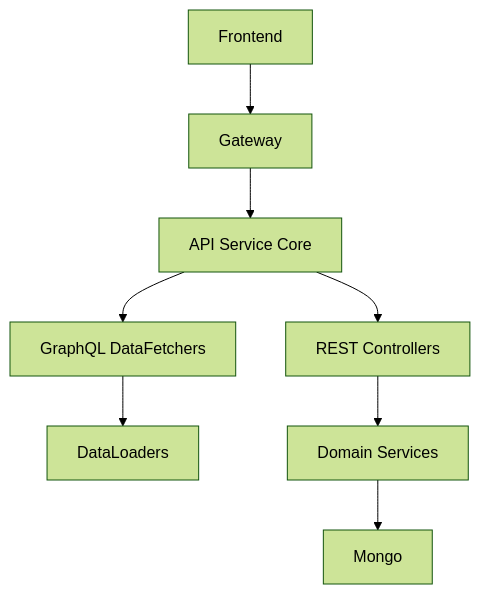
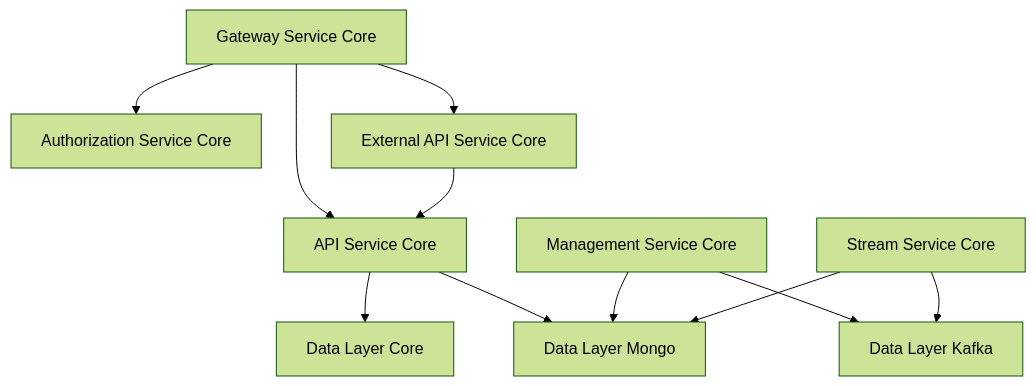
One commit to Praesto-Pro/openframe-oss-tenant changed the fourth of 5 diagrams in docs/architecture/README.md. Above: the diagram before and after it, drawn with Mermaid (forest theme). The commit also changed other lines of this file and 149 other files, not shown here.

````diff
--- a/docs/architecture/README.md
+++ b/docs/architecture/README.md
@@ -162,11 +218,27 @@
 ```mermaid
 flowchart TD
-    Client["Frontend"] --> Gateway
-    Gateway --> ApiService["API Service Core"]
+    Gateway["Gateway Service Core"]
+    Auth["Authorization Service Core"]
+    Api["API Service Core"]
+    External["External API Service Core"]
+    Mgmt["Management Service Core"]
+    Stream["Stream Service Core"]
+    Mongo["Data Layer Mongo"]
+    Kafka["Data Layer Kafka"]
+    CoreData["Data Layer Core"]
 
-    ApiService --> Controllers["REST Controllers"]
-    ApiService --> GraphQL["GraphQL DataFetchers"]
-    GraphQL --> DataLoaders["DataLoaders"]
-    Controllers --> Services["Domain Services"]
-    Services --> Mongo
+    Gateway --> Auth
+    Gateway --> Api
+    Gateway --> External
+
+    Api --> Mongo
+    Api --> CoreData
+
+    External --> Api
+
+    Mgmt --> Mongo
+    Mgmt --> Kafka
+
+    Stream --> Kafka
+    Stream --> Mongo
 ```
````
